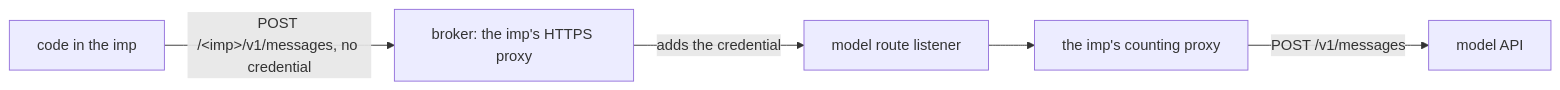
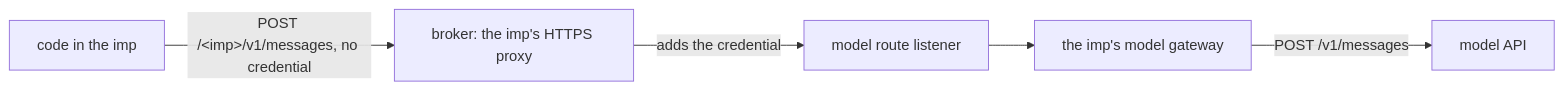
The diagram in research/spend-proxy-imp/README.md (zgeoff/nixie), drawn with Mermaid before and after one commit. The commit also changed other lines of this file and 95 other files, not shown here.

````diff
--- a/research/spend-proxy-imp/README.md
+++ b/research/spend-proxy-imp/README.md
@@ -10,7 +10,7 @@
 ```mermaid
 flowchart LR
   C["code in the imp"] -->|"POST /&lt;imp&gt;/v1/messages, no credential"| B["broker: the imp's HTTPS proxy"]
   B -->|"adds the credential"| L["model route listener"]
-  L --> P["the imp's counting proxy"]
+  L --> P["the imp's model gateway"]
   P -->|"POST /v1/messages"| U["model API"]
 ```
````
